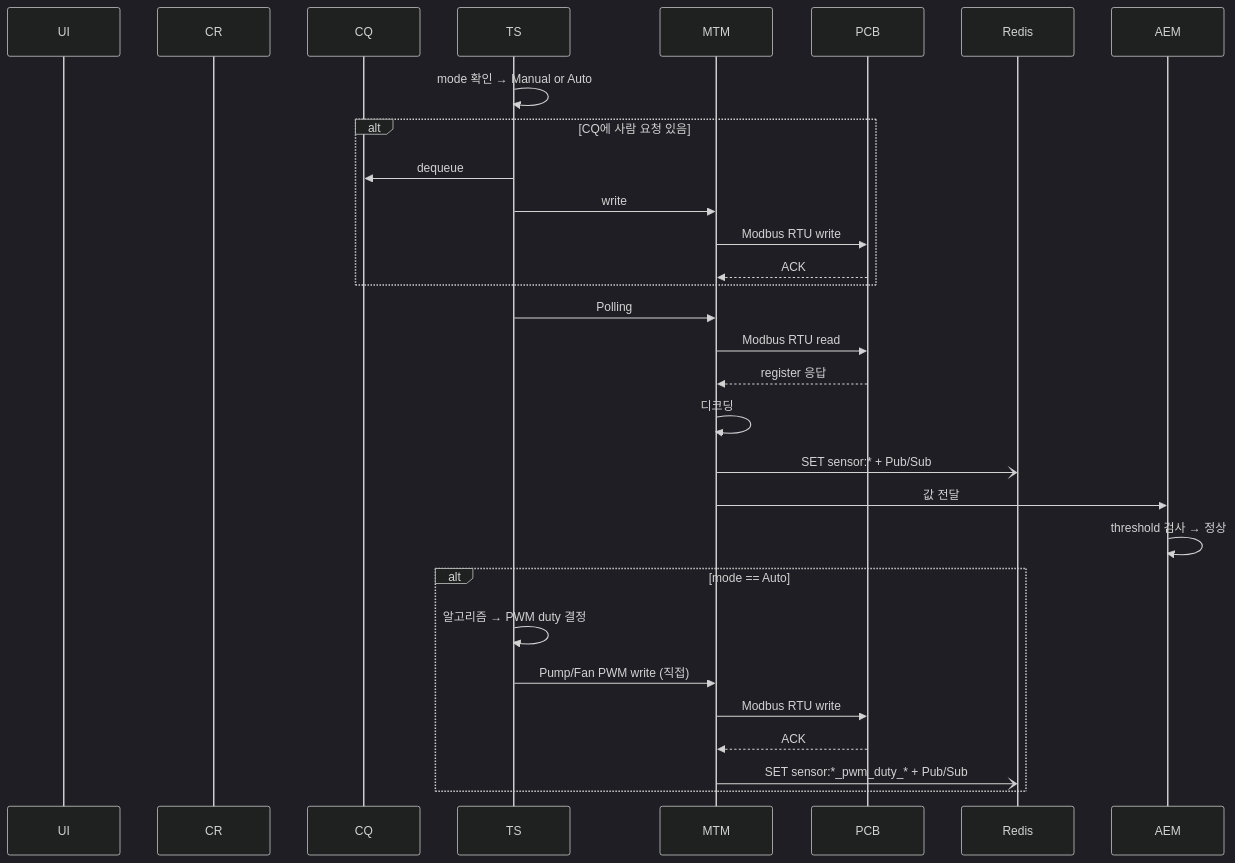
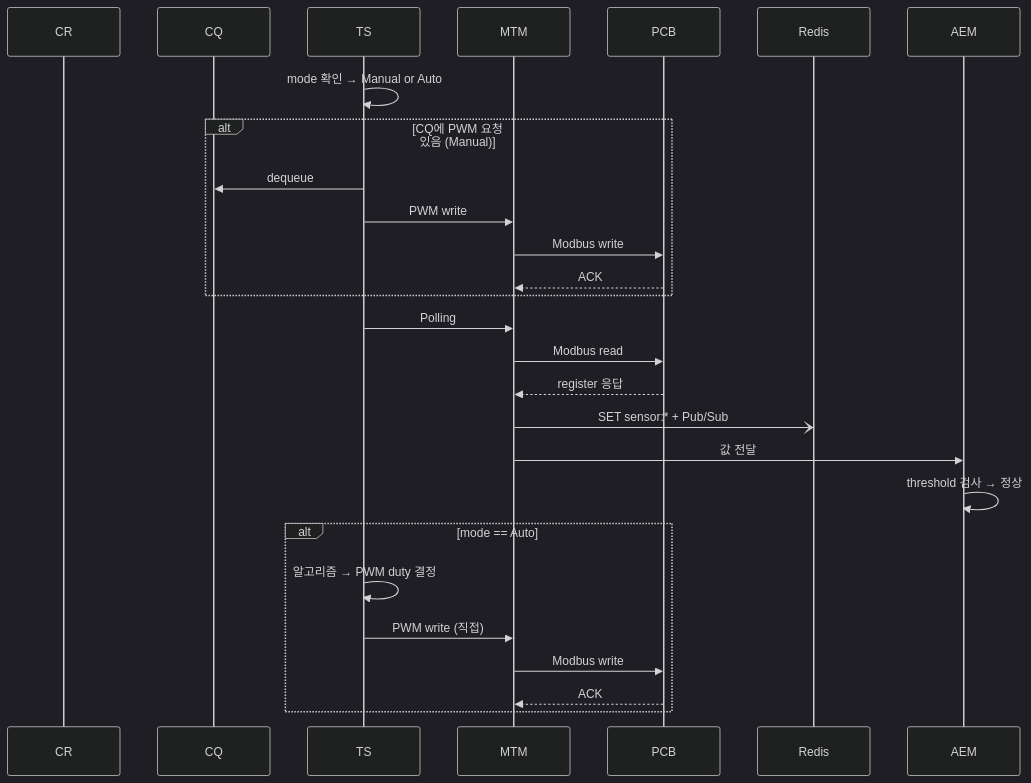
The first of 3 diagrams in docs/MCG.md (DEEPGadget/L2A_CDU_system), drawn with Mermaid (dark theme) before and after one commit. The commit also changed other lines of this file, not shown here.

````diff
--- a/docs/MCG.md
+++ b/docs/MCG.md
@@ -128,36 +129,33 @@
 ```mermaid
 sequenceDiagram
-    participant UI as UI
     participant CR as CR
     participant CQ as CQ
     participant TS as TS
     participant MTM as MTM
     participant PCB as PCB
     participant Redis as Redis
     participant AEM as AEM
 
     TS->>TS: mode 확인 → Manual or Auto
 
-    alt CQ에 사람 요청 있음
+    alt CQ에 PWM 요청 있음 (Manual)
         TS->>CQ: dequeue
-        TS->>MTM: write
-        MTM->>PCB: Modbus RTU write
+        TS->>MTM: PWM write
+        MTM->>PCB: Modbus write
         PCB-->>MTM: ACK
     end
 
     TS->>MTM: Polling
-    MTM->>PCB: Modbus RTU read
+    MTM->>PCB: Modbus read
     PCB-->>MTM: register 응답
-    MTM->>MTM: 디코딩
     MTM-)Redis: SET sensor:* + Pub/Sub
     MTM->>AEM: 값 전달
     AEM->>AEM: threshold 검사 → 정상
 
     alt mode == Auto
         TS->>TS: 알고리즘 → PWM duty 결정
-        TS->>MTM: Pump/Fan PWM write (직접)
-        MTM->>PCB: Modbus RTU write
+        TS->>MTM: PWM write (직접)
+        MTM->>PCB: Modbus write
         PCB-->>MTM: ACK
-        MTM-)Redis: SET sensor:*_pwm_duty_* + Pub/Sub
     end
 ```
````
